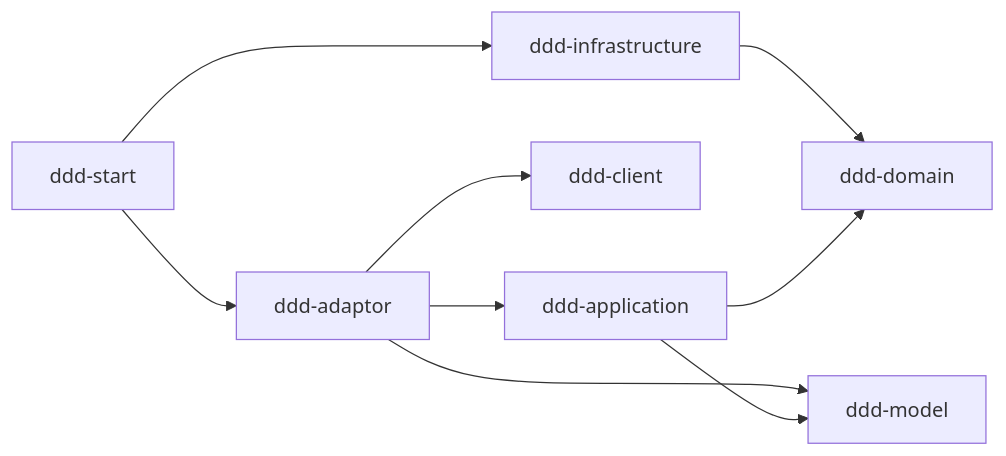
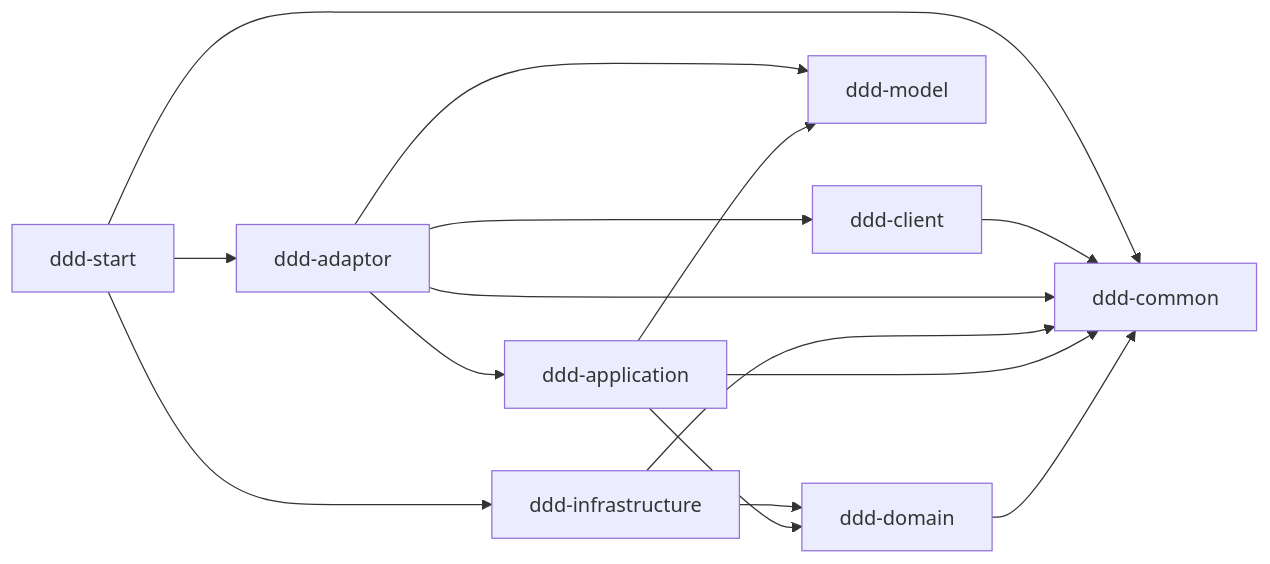
Before and after one commit to tcmonkey/ddd: the first of 2 diagrams in AI/output/04 技术方案.md, drawn with Mermaid. The commit also changed other lines of this file and 59 other files, not shown here.

Commit message:
add exception and ddd-common module

````diff
--- a/AI/output/04 技术方案.md
+++ b/AI/output/04 技术方案.md
@@ -79,11 +80,17 @@
 ```mermaid
 flowchart LR
     START[ddd-start] --> ADAPTOR[ddd-adaptor]
     START --> INFRA[ddd-infrastructure]
+    START --> COMMON[ddd-common]
     ADAPTOR --> CLIENT[ddd-client]
+    CLIENT --> COMMON
     ADAPTOR --> APP[ddd-application]
     ADAPTOR --> MODEL[ddd-model]
+    ADAPTOR --> COMMON
     INFRA --> DOMAIN[ddd-domain]
+    INFRA --> COMMON
     APP --> DOMAIN
     APP --> MODEL
+    APP --> COMMON
+    DOMAIN --> COMMON
 ```
````
